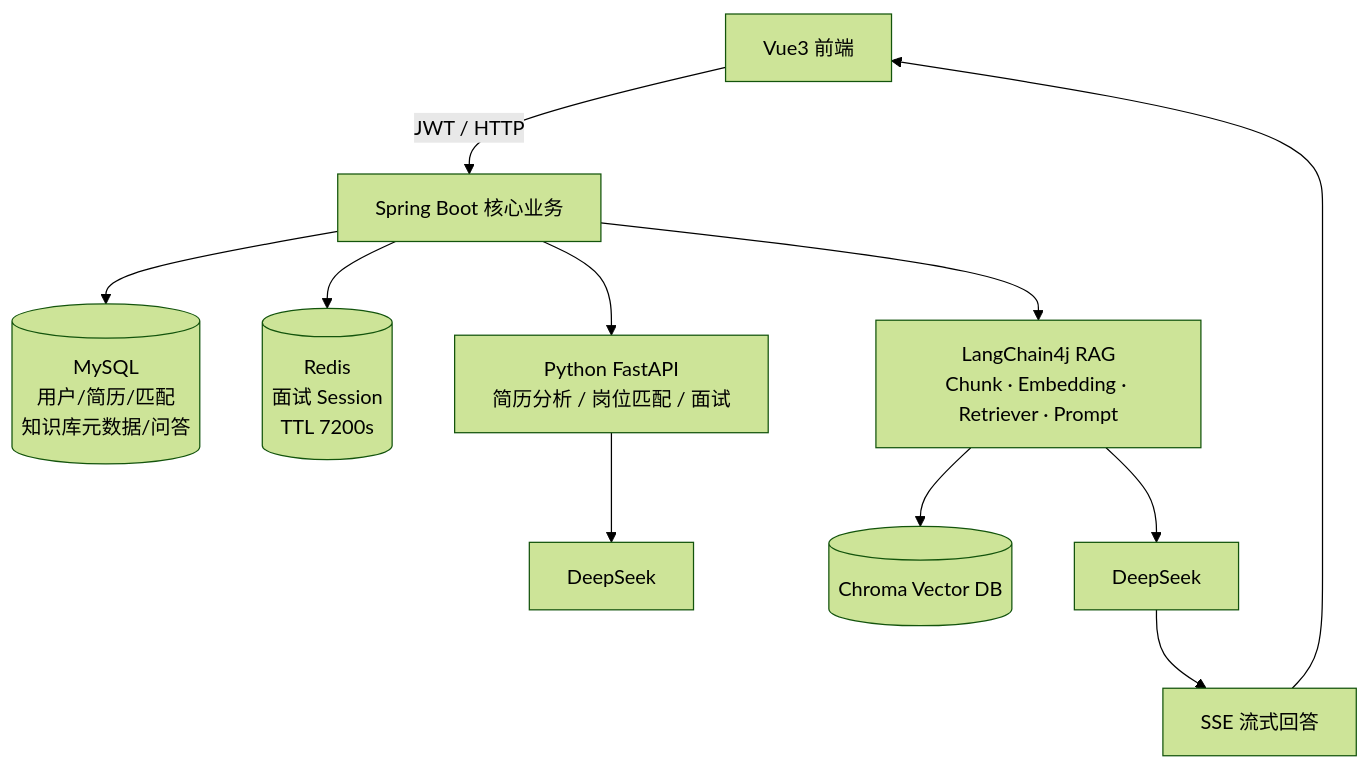
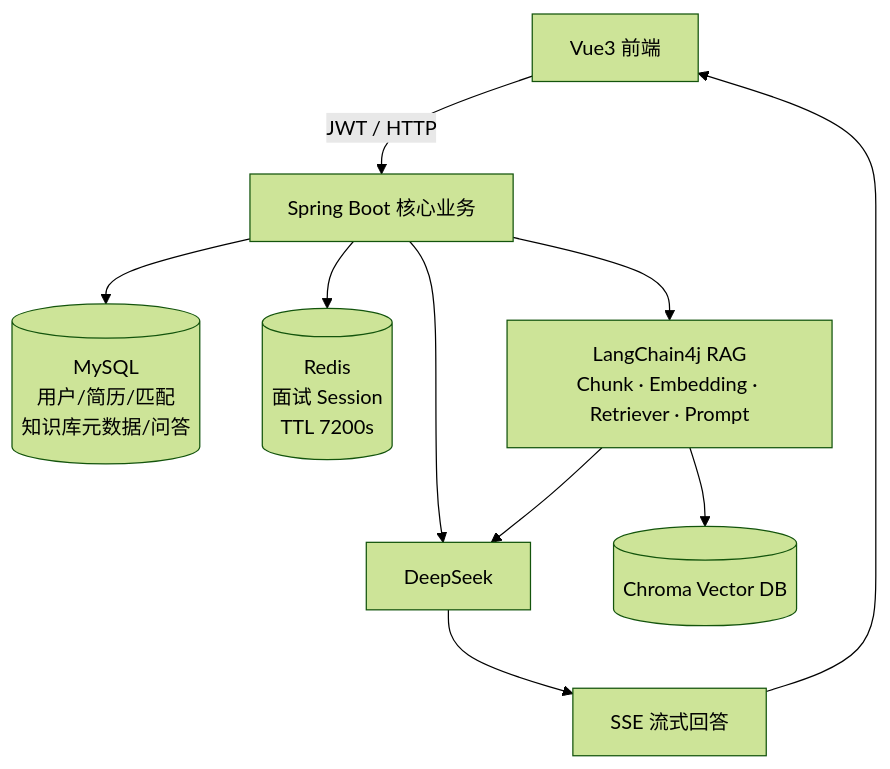
The first of 2 diagrams in README.md (zf179413022/AI-Intelligent-Job-Hunting), drawn with Mermaid (forest theme) before and after one commit. The commit also changed other lines of this file and 60 other files, not shown here.

````diff
--- a/README.md
+++ b/README.md
@@ -42,26 +42,23 @@
 ```mermaid
 flowchart TB
   vue["Vue3 前端"]
   sb["Spring Boot 核心业务"]
 
   mysql[("MySQL<br/>用户/简历/匹配<br/>知识库元数据/问答")]
   redis[("Redis<br/>面试 Session<br/>TTL 7200s")]
-  py["Python FastAPI<br/>简历分析 / 岗位匹配 / 面试"]
-  dsPy["DeepSeek"]
+  ds["DeepSeek"]
 
   rag["LangChain4j RAG<br/>Chunk · Embedding · Retriever · Prompt"]
   chroma[("Chroma Vector DB")]
-  dsRag["DeepSeek"]
   sse["SSE 流式回答"]
 
   vue -->|"JWT / HTTP"| sb
   sb --> mysql
   sb --> redis
-  sb --> py
-  py --> dsPy
+  sb --> ds
   sb --> rag
   rag --> chroma
-  rag --> dsRag
-  dsRag --> sse
+  rag --> ds
+  ds --> sse
   sse --> vue
 ```
````
